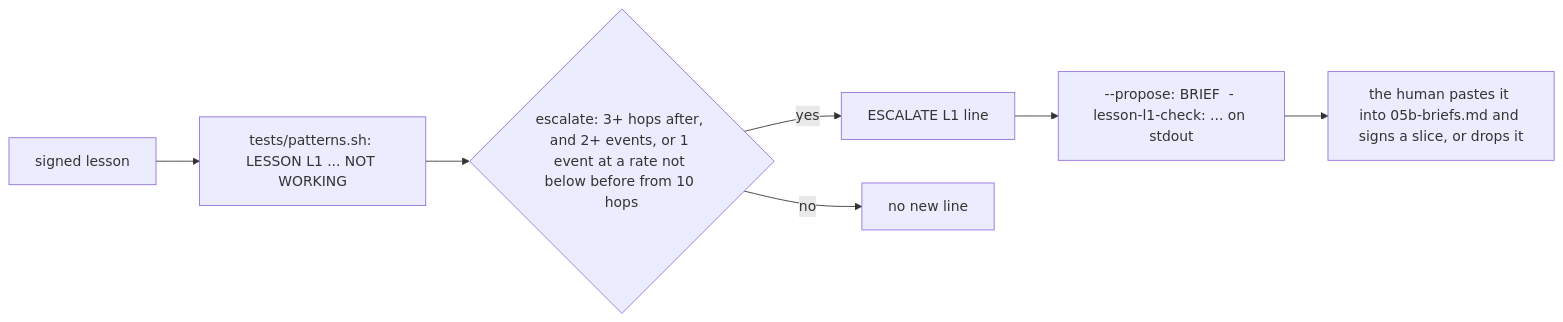
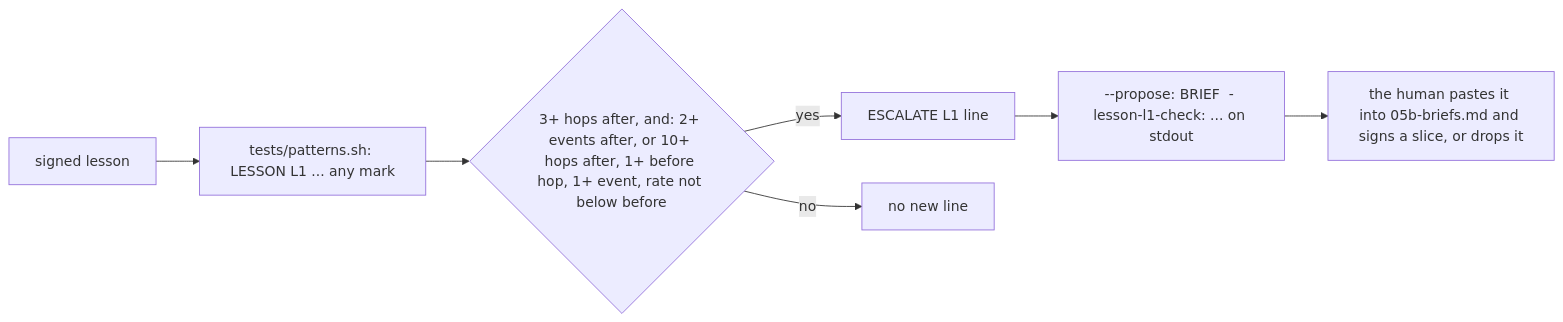
The second of 2 diagrams in docs/cascade/05b-t110-lesson-escalation.md (kadaluarsa/barbaric-driven-development), drawn with Mermaid before and after one commit. The commit also changed other lines of this file and 6 other files, not shown here.

````diff
--- a/docs/cascade/05b-t110-lesson-escalation.md
+++ b/docs/cascade/05b-t110-lesson-escalation.md
@@ -47,9 +55,9 @@
 ```mermaid
 flowchart LR
-  L[signed lesson] --> M[tests/patterns.sh: LESSON L1 ... NOT WORKING]
-  M --> E{escalate: 3+ hops after, and 2+ events, or 1 event at a rate not below before from 10 hops}
+  L[signed lesson] --> M[tests/patterns.sh: LESSON L1 ... any mark]
+  M --> E{3+ hops after, and: 2+ events after, or 10+ hops after, 1+ before hop, 1+ event, rate not below before}
   E -- yes --> S[ESCALATE L1 line]
   S --> P[--propose: BRIEF  - lesson-l1-check: ... on stdout]
   P --> H[the human pastes it into 05b-briefs.md and signs a slice, or drops it]
   E -- no --> N[no new line]
 ```
````
